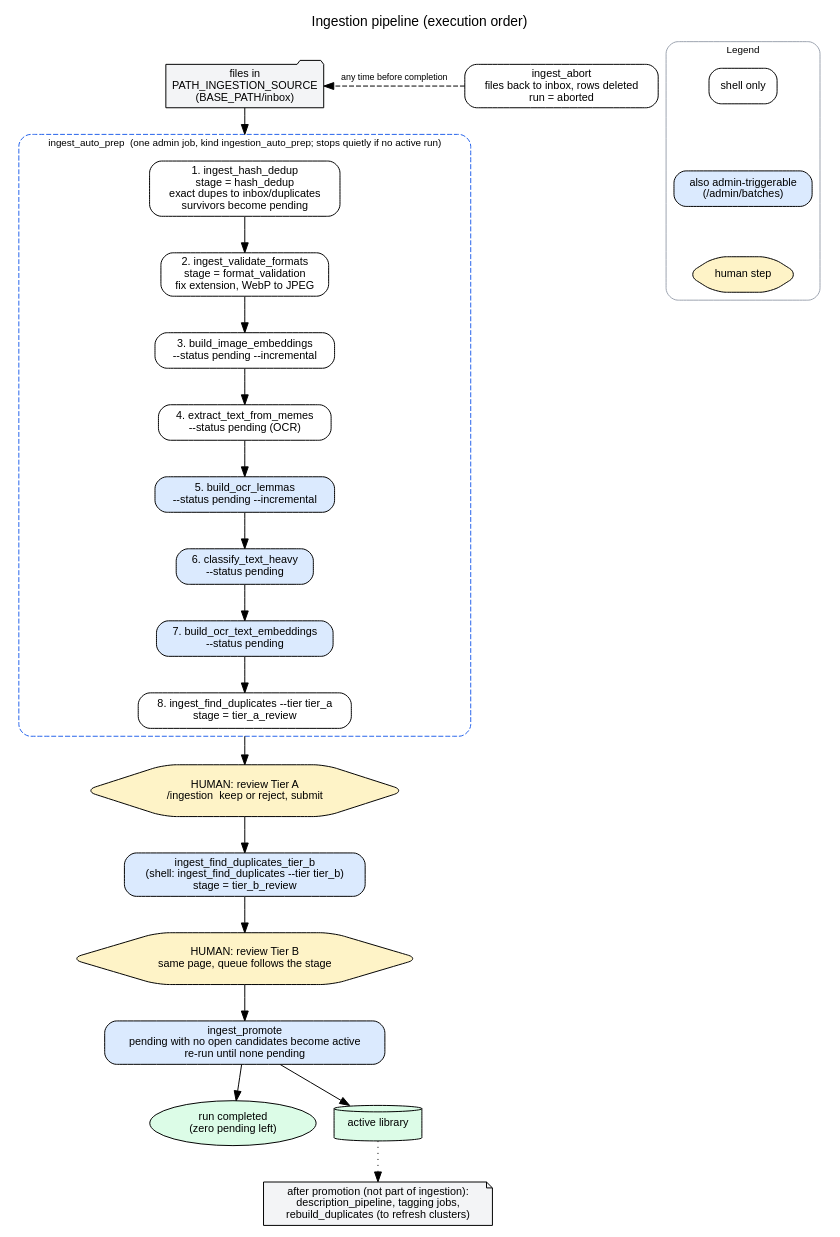
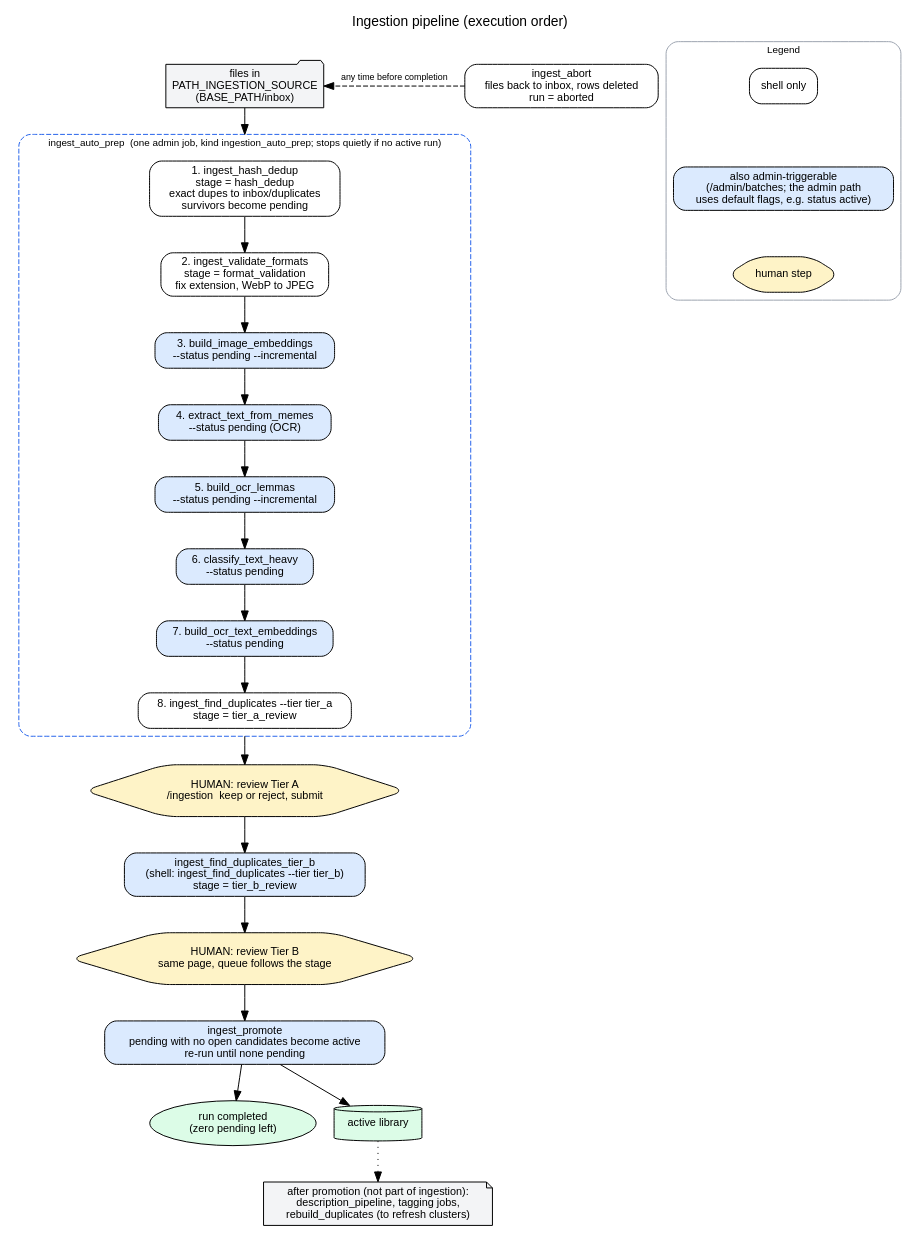
Before and after one commit to wtain/memes: the diagram in docs/batches/diagrams/ingestion.dot, drawn with Graphviz. The commit also changed 10 other files, not shown here.

First line of the commit message:
docs(batches): reflect tracked OCR/embeddings, busy-child behaviour; fix move_reference_duplicates description

```diff
--- a/docs/batches/diagrams/ingestion.dot
+++ b/docs/batches/diagrams/ingestion.dot
@@ -1,51 +1,51 @@
 // Ingestion: inbox to active library. Operator steps: docs/runbooks/ingestion-pipeline.md
 digraph ingestion {
   rankdir=TB; compound=true; fontname="Helvetica"; labelloc=t;
   label="Ingestion pipeline (execution order)";
   node [fontname="Helvetica" fontsize=11 shape=box style="rounded,filled" fillcolor="#ffffff"];
   edge [fontname="Helvetica" fontsize=9];
 
   inbox [shape=folder label="files in\nPATH_INGESTION_SOURCE\n(BASE_PATH/inbox)" fillcolor="#f3f4f6"];
 
   subgraph cluster_auto {
     label="ingest_auto_prep  (one admin job, kind ingestion_auto_prep; stops quietly if no active run)";
     style="dashed,rounded"; color="#2563eb"; fontsize=10;
     s1 [label="1. ingest_hash_dedup\nstage = hash_dedup\nexact dupes to inbox/duplicates\nsurvivors become pending"];
     s2 [label="2. ingest_validate_formats\nstage = format_validation\nfix extension, WebP to JPEG"];
-    s3 [label="3. build_image_embeddings\n--status pending --incremental"];
-    s4 [label="4. extract_text_from_memes\n--status pending (OCR)"];
+    s3 [label="3. build_image_embeddings\n--status pending --incremental" fillcolor="#dbeafe"];
+    s4 [label="4. extract_text_from_memes\n--status pending (OCR)" fillcolor="#dbeafe"];
     s5 [label="5. build_ocr_lemmas\n--status pending --incremental" fillcolor="#dbeafe"];
     s6 [label="6. classify_text_heavy\n--status pending" fillcolor="#dbeafe"];
     s7 [label="7. build_ocr_text_embeddings\n--status pending" fillcolor="#dbeafe"];
     s8 [label="8. ingest_find_duplicates --tier tier_a\nstage = tier_a_review"];
     s1 -> s2 -> s3 -> s4 -> s5 -> s6 -> s7 -> s8;
   }
 
   reviewA [shape=hexagon label="HUMAN: review Tier A\n/ingestion  keep or reject, submit" fillcolor="#fef3c7"];
   tierB [label="ingest_find_duplicates_tier_b\n(shell: ingest_find_duplicates --tier tier_b)\nstage = tier_b_review" fillcolor="#dbeafe"];
   reviewB [shape=hexagon label="HUMAN: review Tier B\nsame page, queue follows the stage" fillcolor="#fef3c7"];
   promote [label="ingest_promote\npending with no open candidates become active\nre-run until none pending" fillcolor="#dbeafe"];
   done [shape=oval label="run completed\n(zero pending left)" fillcolor="#dcfce7"];
   active [shape=cylinder label="active library" fillcolor="#dcfce7"];
   abort [label="ingest_abort\nfiles back to inbox, rows deleted\nrun = aborted"];
   later [shape=note label="after promotion (not part of ingestion):\ndescription_pipeline, tagging jobs,\nrebuild_duplicates (to refresh clusters)" fillcolor="#f3f4f6"];
 
   inbox -> s1 [lhead=cluster_auto];
   s8 -> reviewA [ltail=cluster_auto];
   reviewA -> tierB;
   tierB -> reviewB;
   reviewB -> promote;
   promote -> done;
   promote -> active;
   active -> later [style=dotted];
 
   abort -> inbox [style=dashed label="any time before completion" constraint=false];
 
   subgraph cluster_legend {
     label="Legend"; style=rounded; color="#9ca3af"; fontsize=10;
     l1 [label="shell only" fillcolor="#ffffff"];
-    l2 [label="also admin-triggerable\n(/admin/batches)" fillcolor="#dbeafe"];
+    l2 [label="also admin-triggerable\n(/admin/batches; the admin path\nuses default flags, e.g. status active)" fillcolor="#dbeafe"];
     l3 [shape=hexagon label="human step" fillcolor="#fef3c7"];
     l1 -> l2 -> l3 [style=invis];
   }
 }
```
